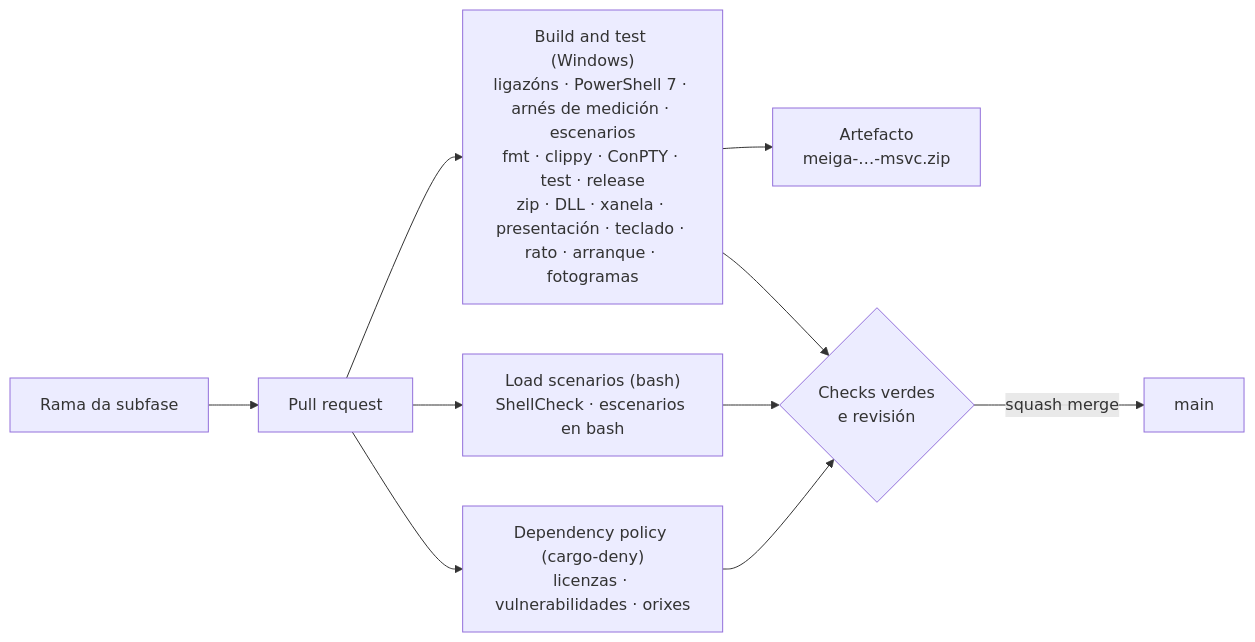
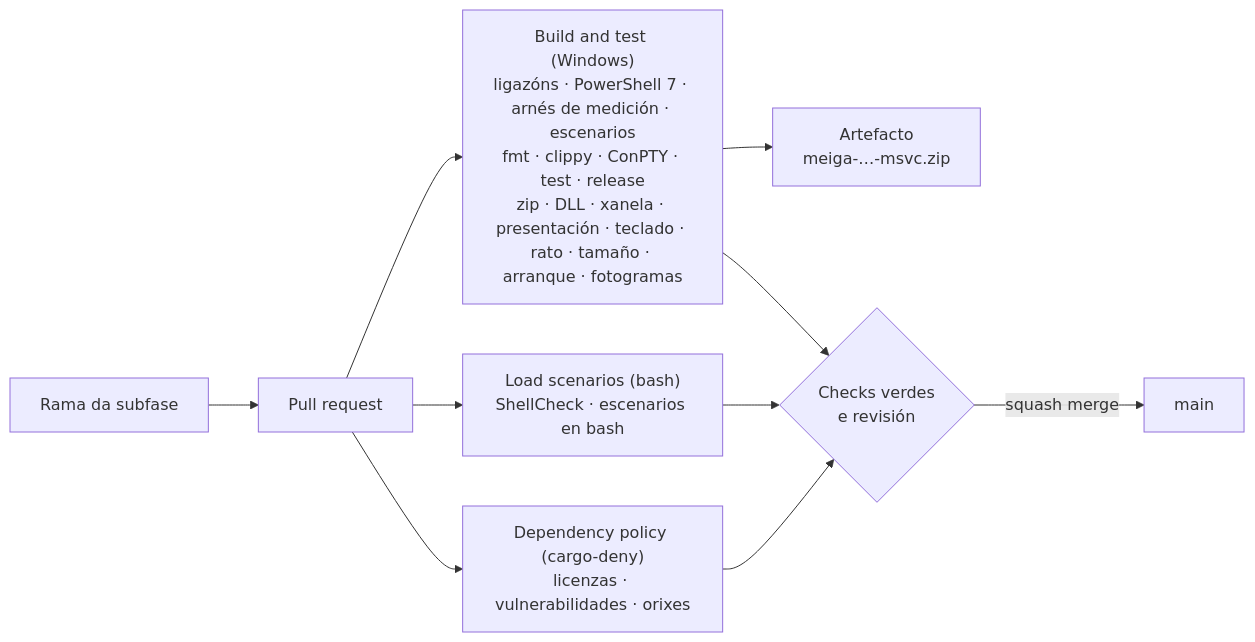
One commit to NewHouses/meiga changed diagram 11 of 13 in docs/arquitectura.md. Above: the diagram before and after it, drawn with Mermaid. The commit also changed other lines of this file and 37 other files, not shown here.

````diff
--- a/docs/arquitectura.md
+++ b/docs/arquitectura.md
@@ -296,12 +327,12 @@
 ```mermaid
 flowchart LR
     rama["Rama da subfase"] --> pr["Pull request"]
-    pr --> win["Build and test (Windows)<br/>ligazóns · PowerShell 7 · arnés de medición · escenarios<br/>fmt · clippy · ConPTY · test · release<br/>zip · DLL · xanela · presentación · teclado · rato · arranque · fotogramas"]
+    pr --> win["Build and test (Windows)<br/>ligazóns · PowerShell 7 · arnés de medición · escenarios<br/>fmt · clippy · ConPTY · test · release<br/>zip · DLL · xanela · presentación · teclado · rato · tamaño · arranque · fotogramas"]
     pr --> scen["Load scenarios (bash)<br/>ShellCheck · escenarios en bash"]
     pr --> deny["Dependency policy (cargo-deny)<br/>licenzas · vulnerabilidades · orixes"]
     win --> art["Artefacto<br/>meiga-…-msvc.zip"]
     win --> ok{"Checks verdes<br/>e revisión"}
     scen --> ok
     deny --> ok
     ok -->|squash merge| main["main"]
 ```
````
